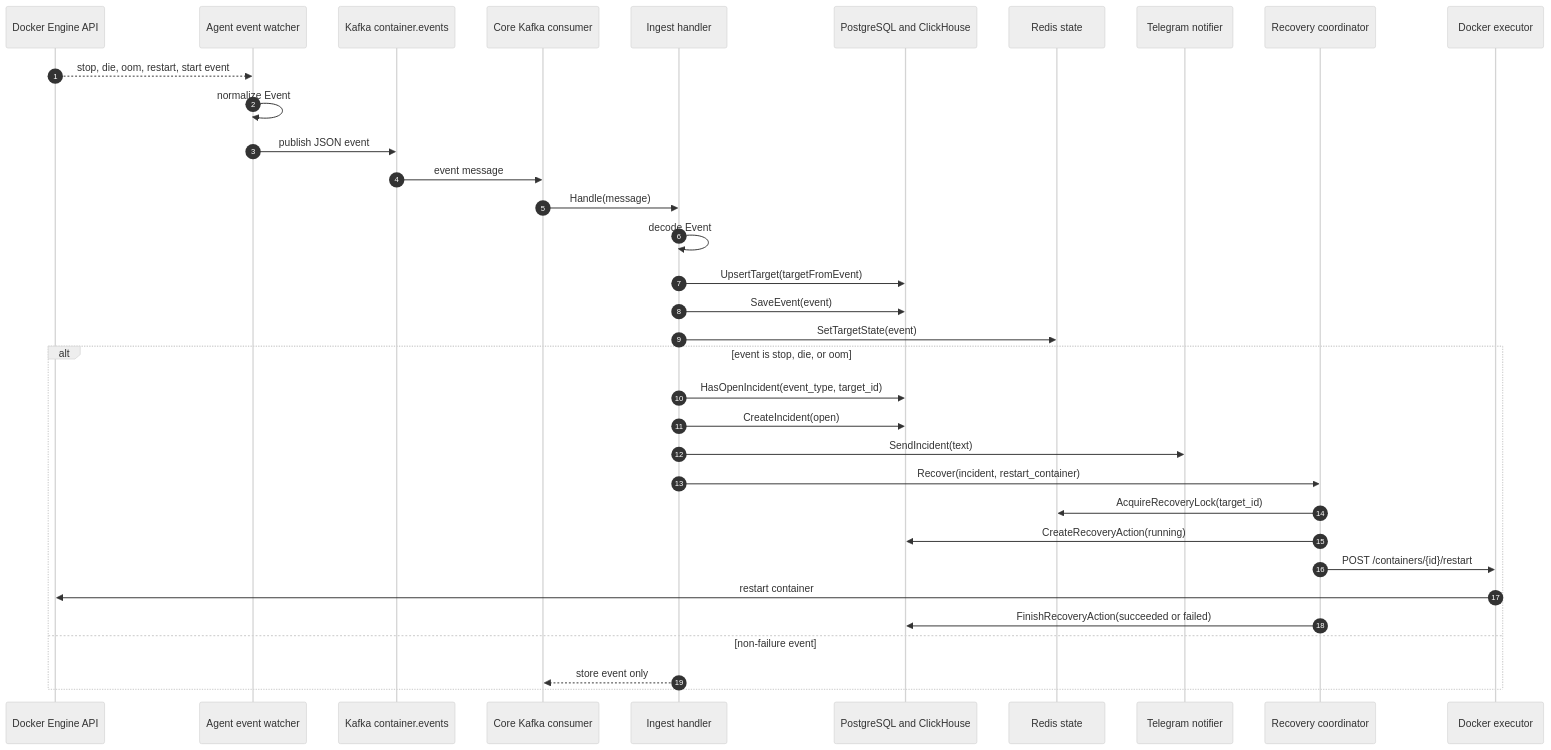
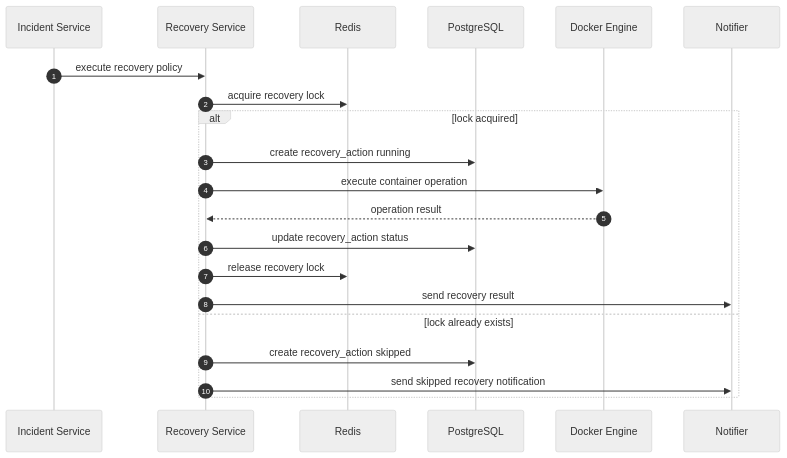
Before and after one commit to MTXIK/container-monitoring: diagram 14 of 24 in docs/uml-diagrams.md, drawn with Mermaid (neutral theme). The commit also changed other lines of this file, not shown here.

Commit message:
add diagrams

````diff
--- a/docs/uml-diagrams.md
+++ b/docs/uml-diagrams.md
@@ -495,37 +426,24 @@
 ```mermaid
 sequenceDiagram
     autonumber
-    participant Docker as Docker Engine API
-    participant Agent as Agent event watcher
-    participant Kafka as Kafka container.events
-    participant Consumer as Core Kafka consumer
-    participant Handler as Ingest handler
-    participant Store as PostgreSQL and ClickHouse
-    participant Redis as Redis state
-    participant Telegram as Telegram notifier
-    participant Recovery as Recovery coordinator
-    participant Executor as Docker executor
+    participant Incident as Incident Service
+    participant Recovery as Recovery Service
+    participant Redis as Redis
+    participant Postgres as PostgreSQL
+    participant Docker as Docker Engine
+    participant Notifier as Notifier
 
-    Docker-->>Agent: stop, die, oom, restart, start event
-    Agent->>Agent: normalize Event
-    Agent->>Kafka: publish JSON event
-    Kafka->>Consumer: event message
-    Consumer->>Handler: Handle(message)
-    Handler->>Handler: decode Event
-    Handler->>Store: UpsertTarget(targetFromEvent)
-    Handler->>Store: SaveEvent(event)
-    Handler->>Redis: SetTargetState(event)
-    alt event is stop, die, or oom
-        Handler->>Store: HasOpenIncident(event_type, target_id)
-        Handler->>Store: CreateIncident(open)
-        Handler->>Telegram: SendIncident(text)
-        Handler->>Recovery: Recover(incident, restart_container)
-        Recovery->>Redis: AcquireRecoveryLock(target_id)
-        Recovery->>Store: CreateRecoveryAction(running)
-        Recovery->>Executor: POST /containers/{id}/restart
-        Executor->>Docker: restart container
-        Recovery->>Store: FinishRecoveryAction(succeeded or failed)
-    else non-failure event
-        Handler-->>Consumer: store event only
+    Incident->>Recovery: execute recovery policy
+    Recovery->>Redis: acquire recovery lock
+    alt lock acquired
+        Recovery->>Postgres: create recovery_action running
+        Recovery->>Docker: execute container operation
+        Docker-->>Recovery: operation result
+        Recovery->>Postgres: update recovery_action status
+        Recovery->>Redis: release recovery lock
+        Recovery->>Notifier: send recovery result
+    else lock already exists
+        Recovery->>Postgres: create recovery_action skipped
+        Recovery->>Notifier: send skipped recovery notification
     end
 ```
````
